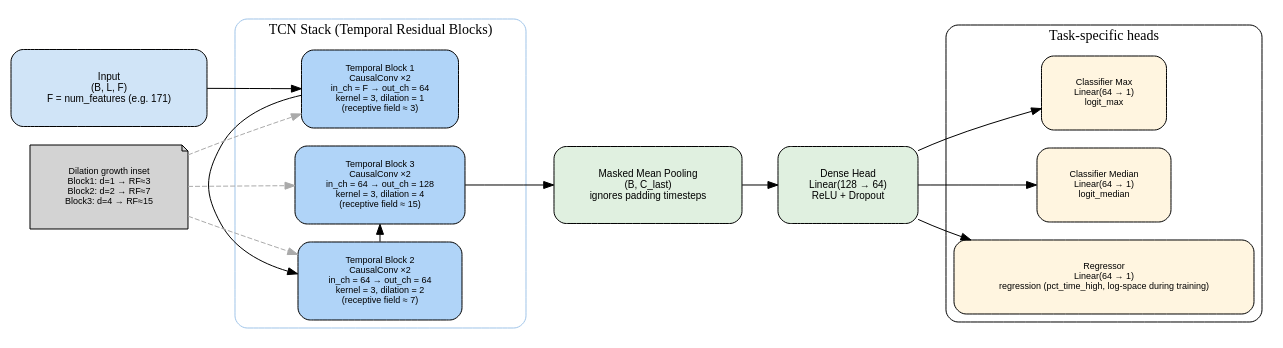
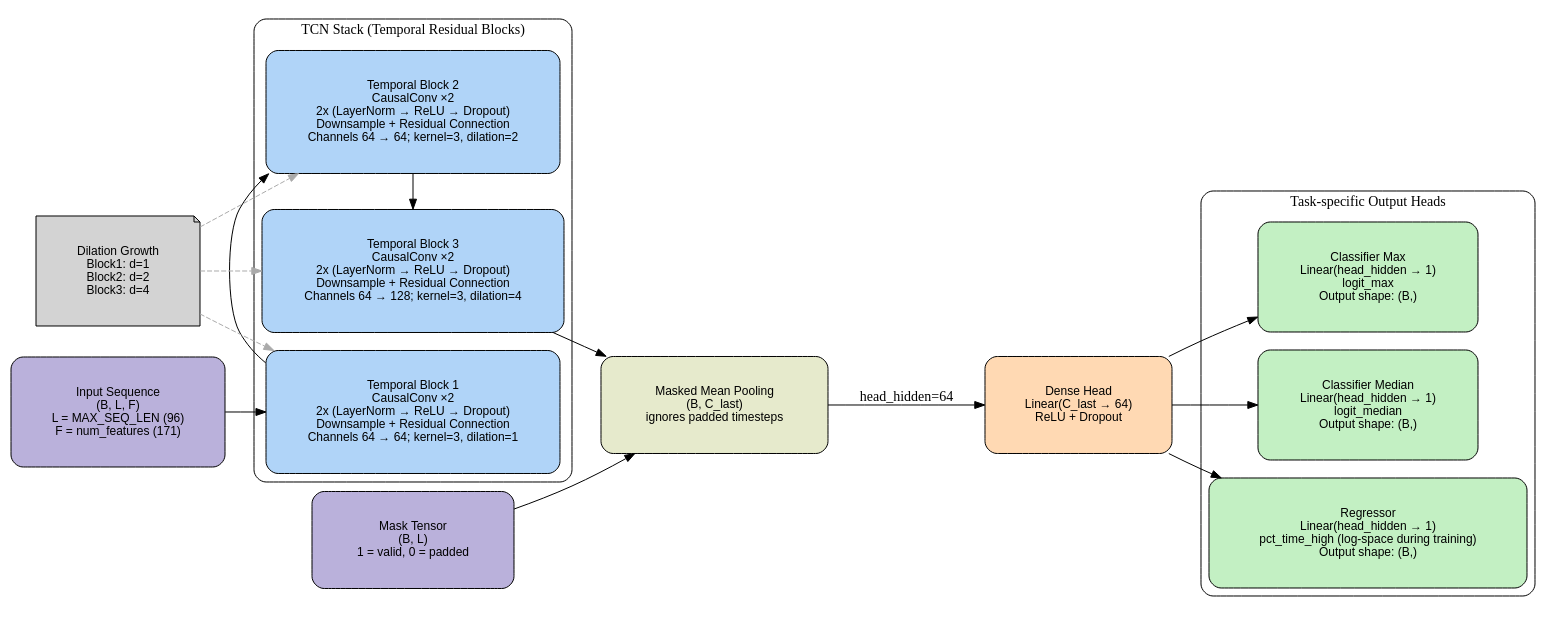
The diagram in tcn_architecture_paper.dot (SimonYip22/Time-Series-ICU-Patient-Deterioration-Predictor), drawn with Graphviz before and after one commit. The commit also changed 12 other files, not shown here.

```diff
--- a/tcn_architecture_paper.dot
+++ b/tcn_architecture_paper.dot
@@ -1,49 +1,55 @@
 digraph TCN {
   rankdir=LR;             // left -> right main flow
   bgcolor="white";
-  node [shape=rect, style="filled,rounded", fontname="Helvetica", fontsize=10, margin="0.4,0.3"];
+  node [shape=rect, style="filled,rounded", fontname="Helvetica", fontsize=12, margin="0.5,0.4", fixedsize=false];
 
   // ---------- INPUT ----------
-  Input [label="Input\n(B, L, F)\nF = num_features (e.g. 171)", fillcolor="#d0e4f7"];
+  Input [label="Input Sequence\n(B, L, F)\nL = MAX_SEQ_LEN (96)\nF = num_features (171)", fillcolor="#bab1dbff"];
+  Mask [label="Mask Tensor\n(B, L)\n1 = valid, 0 = padded", fillcolor="#bab1dbff"];
 
-  // ---------- TCN STACK (vertical inside cluster) ----------
+  // ---------- TCN STACK ----------
   subgraph cluster_tcn {
     label="TCN Stack (Temporal Residual Blocks)";
     style="rounded";
-    color="#a0c4e8";
-    node [shape=rect, style="filled,rounded", fontname="Helvetica", fontsize=9, margin="0.3,0.2"];
+    node [shape=rect, style="filled,rounded", fontname="Helvetica", fontsize=12, margin="0.3,0.2"];
 
-    TB1 [label="Temporal Block 1\nCausalConv ×2\nin_ch = F → out_ch = 64\nkernel = 3, dilation = 1\n(receptive field ≈ 3)", fillcolor="#b0d4f8"];
-    TB2 [label="Temporal Block 2\nCausalConv ×2\nin_ch = 64 → out_ch = 64\nkernel = 3, dilation = 2\n(receptive field ≈ 7)", fillcolor="#b0d4f8"];
-    TB3 [label="Temporal Block 3\nCausalConv ×2\nin_ch = 64 → out_ch = 128\nkernel = 3, dilation = 4\n(receptive field ≈ 15)", fillcolor="#b0d4f8"];
+TB1 [label="Temporal Block 1\nCausalConv ×2\n2x (LayerNorm → ReLU → Dropout)\nDownsample + Residual Connection\nChannels 64 → 64; kernel=3, dilation=1", fillcolor="#b0d4f8", margin="0.4,0.4", fixedsize=false];
+TB2 [label="Temporal Block 2\nCausalConv ×2\n2x (LayerNorm → ReLU → Dropout)\nDownsample + Residual Connection\nChannels 64 → 64; kernel=3, dilation=2", fillcolor="#b0d4f8", margin="0.4,0.4", fixedsize=false];
+TB3 [label="Temporal Block 3\nCausalConv ×2\n2x (LayerNorm → ReLU → Dropout)\nDownsample + Residual Connection\nChannels 64 → 128; kernel=3, dilation=4", fillcolor="#b0d4f8", margin="0.4,0.4", fixedsize=false];
 
-    { rank = same; TB1; TB2; TB3; } // vertically stacked in cluster
+    { rank = same; TB1; TB2; TB3; } 
   }
 
-  // ---------- POOL / HEAD ----------
-  Pool [label="Masked Mean Pooling\n(B, C_last)\nignores padding timesteps", fillcolor="#e0f0e0"];
-  DenseHead [label="Dense Head\nLinear(128 → 64)\nReLU + Dropout", fillcolor="#e0f0e0"];
-  
+  // ---------- POOLING ----------
+  Pool [label="Masked Mean Pooling\n(B, C_last)\nignores padded timesteps", fillcolor="#e6eaccff"];
+
+  // ---------- OPTIONAL DENSE HEAD ----------
+  DenseHead [label="Dense Head\nLinear(C_last → 64)\nReLU + Dropout", fillcolor="#ffd9b3"];
+
+  // ---------- TASK HEADS ----------
   subgraph cluster_heads {
-    label="Task-specific heads";
+    label="Task-specific Output Heads";
     style="rounded";
-    node [shape=rect, style="filled,rounded", fontname="Helvetica", fontsize=9];
-    ClassMax [label="Classifier Max\nLinear(64 → 1)\nlogit_max", fillcolor="#fff5e0"];
-    ClassMedian [label="Classifier Median\nLinear(64 → 1)\nlogit_median", fillcolor="#fff5e0"];
-    Regressor [label="Regressor\nLinear(64 → 1)\nregression (pct_time_high, log-space during training)", fillcolor="#fff5e0"];
-    { rank = same; ClassMax; ClassMedian; Regressor; } // stacked vertically
+    node [shape=rect, style="filled,rounded", fontname="Helvetica", fontsize=12];
+
+  ClassMax [label="Classifier Max\nLinear(head_hidden → 1)\nlogit_max\nOutput shape: (B,)", fillcolor="#c3f0c3"];
+  ClassMedian [label="Classifier Median\nLinear(head_hidden → 1)\nlogit_median\nOutput shape: (B,)", fillcolor="#c3f0c3"];
+  Regressor [label="Regressor\nLinear(head_hidden → 1)\npct_time_high (log-space during training)\nOutput shape: (B,)", fillcolor="#c3f0c3"];
+  { rank = same; ClassMax; ClassMedian; Regressor; }
   }
 
-  // ---------- INSET ----------
-  inset [label="Dilation growth inset\nBlock1: d=1 → RF≈3\nBlock2: d=2 → RF≈7\nBlock3: d=4 → RF≈15", shape=note, fontsize=9];
+  // ---------- EDGES ----------
+  Input -> TB1 -> TB2 -> TB3 -> Pool;
+  Mask -> Pool;
 
-  // ---------- EDGES ----------
-  Input -> TB1 -> TB2 -> TB3 -> Pool -> DenseHead;
+  Pool -> DenseHead [label="head_hidden=64"];
   DenseHead -> ClassMax;
   DenseHead -> ClassMedian;
   DenseHead -> Regressor;
 
+  // ---------- INSET ----------
+  inset [label="Dilation Growth\nBlock1: d=1\nBlock2: d=2\nBlock3: d=4", shape=note, fontsize=12];
   inset -> TB1 [style=dashed, color="#aaaaaa"];
   inset -> TB2 [style=dashed, color="#aaaaaa"];
   inset -> TB3 [style=dashed, color="#aaaaaa"];
 }
```
